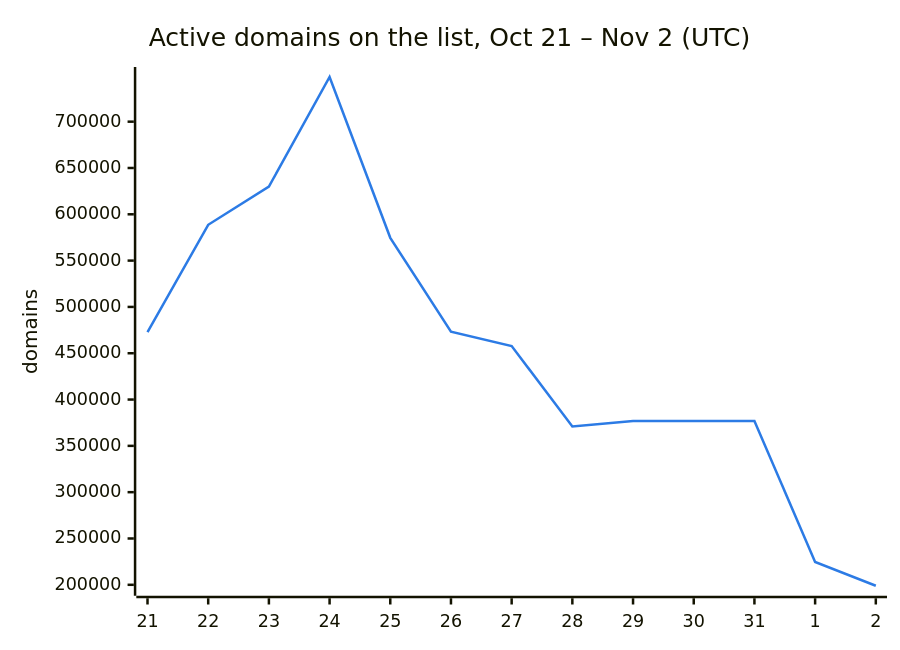
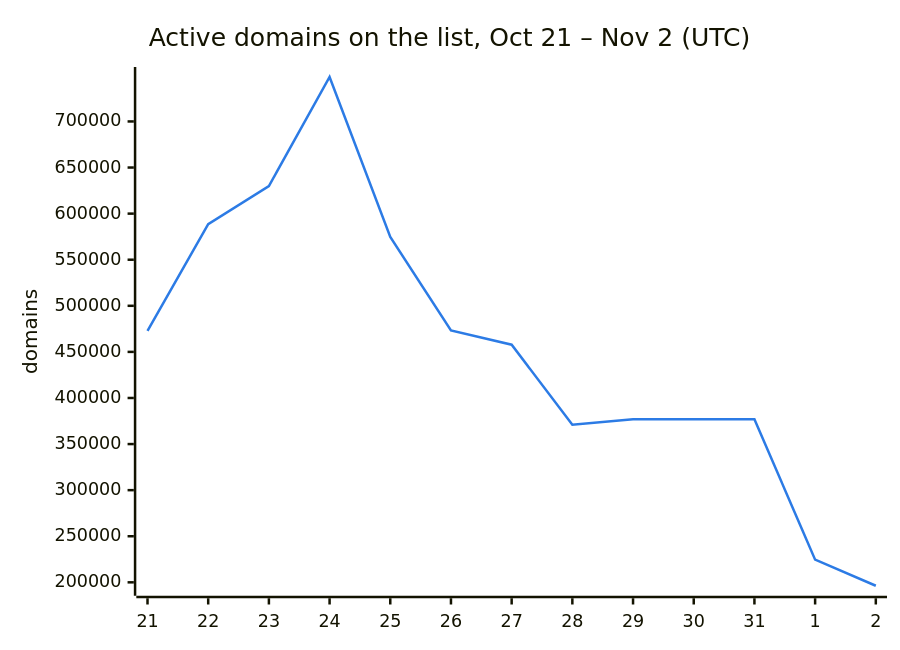
One commit to DNSBunker/CTI changed the second of 3 diagrams in README.md. Above: the diagram before and after it, drawn with Mermaid. The commit also changed other lines of this file and 3 other files, not shown here.

````diff
--- a/README.md
+++ b/README.md
@@ -38,8 +38,8 @@
 ```mermaid
 %%{init: {"themeVariables": {"xyChart": {"plotColorPalette": "#2c7be5"}}}}%%
 xychart-beta
     title "Active domains on the list, Oct 21 – Nov 2 (UTC)"
     x-axis ["21", "22", "23", "24", "25", "26", "27", "28", "29", "30", "31", "1", "2"]
     y-axis "domains"
-    line [472713, 588659, 629951, 748222, 574614, 473331, 457795, 371010, 376945, 376945, 376945, 224607, 198977]
+    line [472713, 588659, 629951, 748222, 574614, 473331, 457795, 371010, 376945, 376945, 376945, 224607, 196289]
 ```
````
